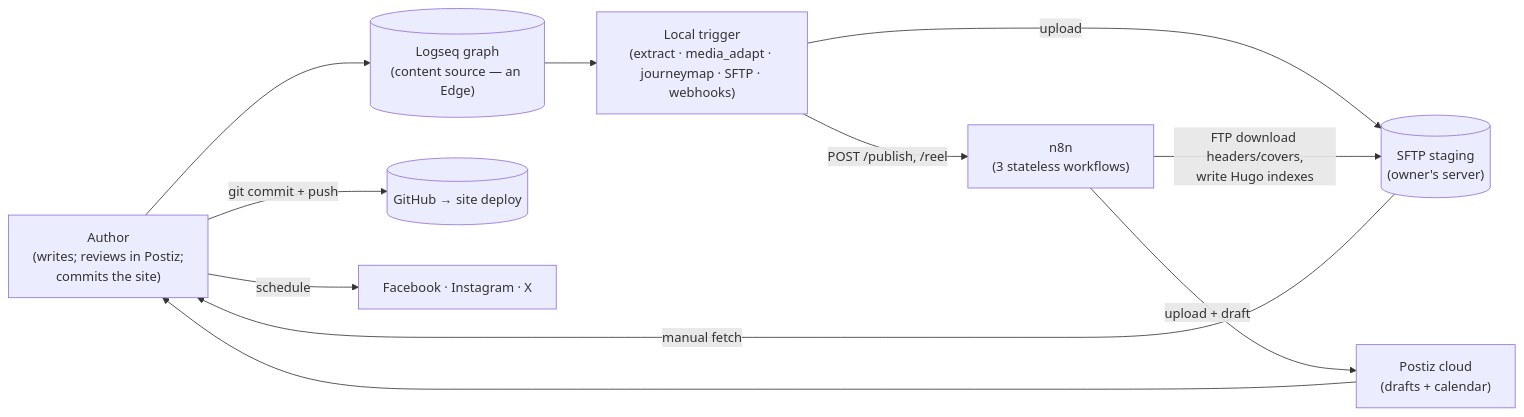
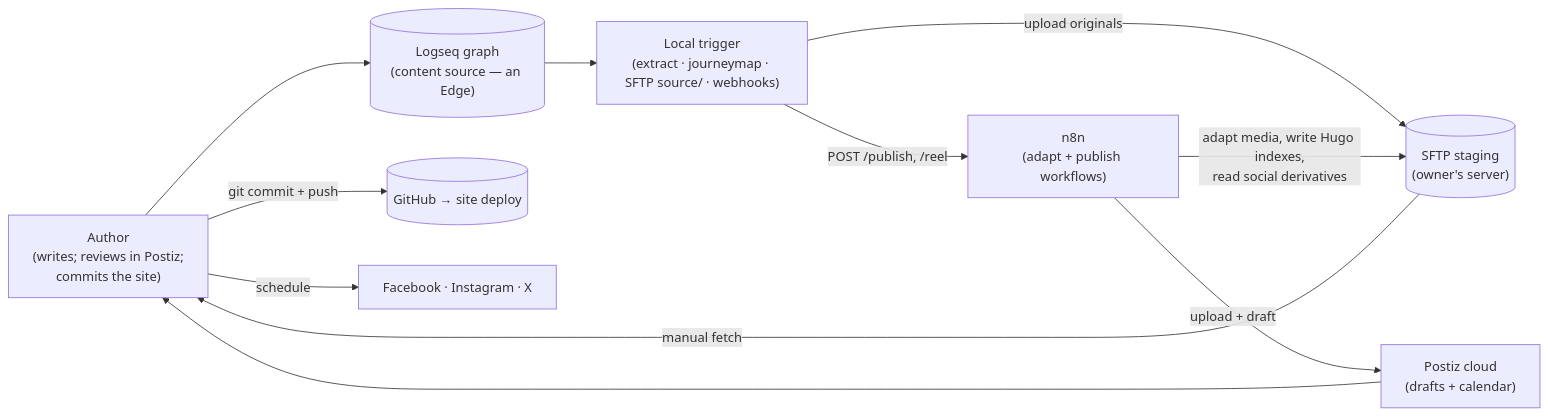
The first of 2 diagrams in docs/architecture.md (bbaumgartner/syndicator), drawn with Mermaid before and after one commit. The commit also changed other lines of this file and 28 other files, not shown here.

First line of the commit message:
Move media adaptation into n8n; keep local client as source uploader.

````diff
--- a/docs/architecture.md
+++ b/docs/architecture.md
@@ -86,22 +86,22 @@
 ```mermaid
 flowchart LR
     Author["Author\n(writes; reviews in Postiz;\ncommits the site)"]
     Graph[("Logseq graph\n(content source — an Edge)")]
-    SYN["Local trigger\n(extract · media_adapt · journeymap · SFTP · webhooks)"]
+    SYN["Local trigger\n(extract · journeymap · SFTP source/ · webhooks)"]
     S[("SFTP staging\n(owner's server)")]
-    N8N["n8n\n(3 stateless workflows)"]
+    N8N["n8n\n(adapt + publish workflows)"]
     GH[("GitHub → site deploy")]
     PZ["Postiz cloud\n(drafts + calendar)"]
     Platforms["Facebook · Instagram · X"]
 
     Author --> Graph
     Graph --> SYN
-    SYN -->|upload| S
+    SYN -->|upload originals| S
     SYN -->|POST /publish, /reel| N8N
-    N8N -->|FTP download headers/covers,\nwrite Hugo indexes| S
+    N8N -->|adapt media, write Hugo indexes,\nread social derivatives| S
     S -->|"manual fetch"| Author
     Author -->|"git commit + push"| GH
     N8N -->|upload + draft| PZ
     PZ --> Author
     Author -->|schedule| Platforms
 ```
````
